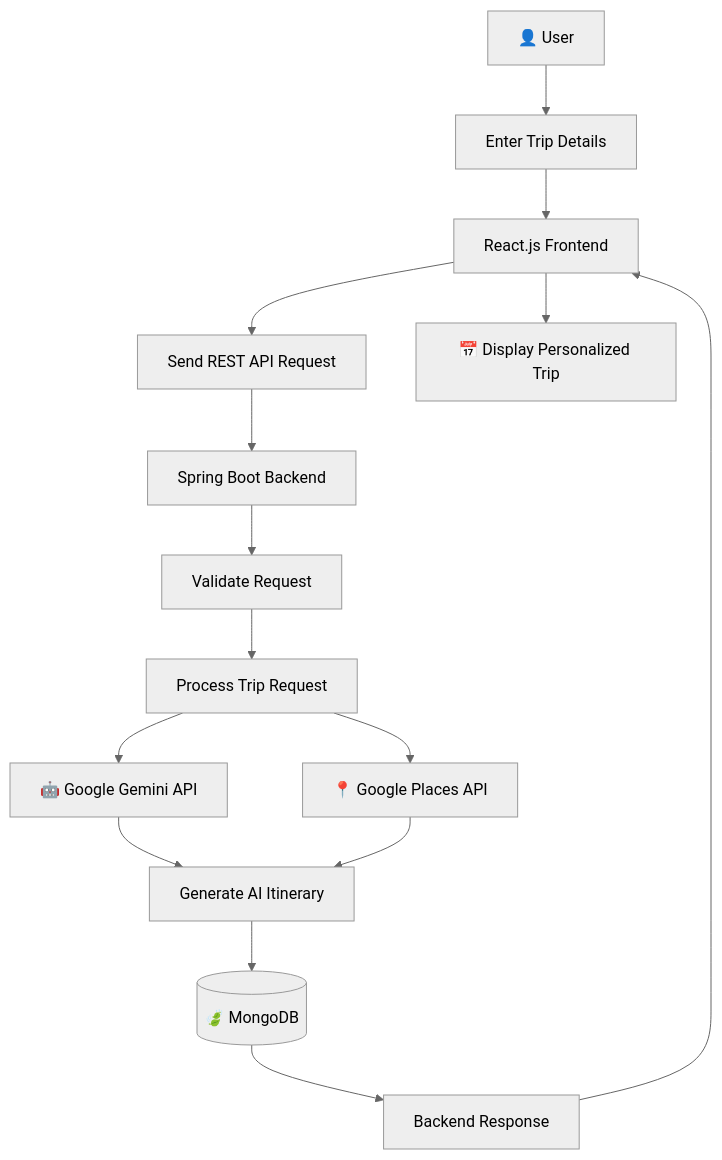
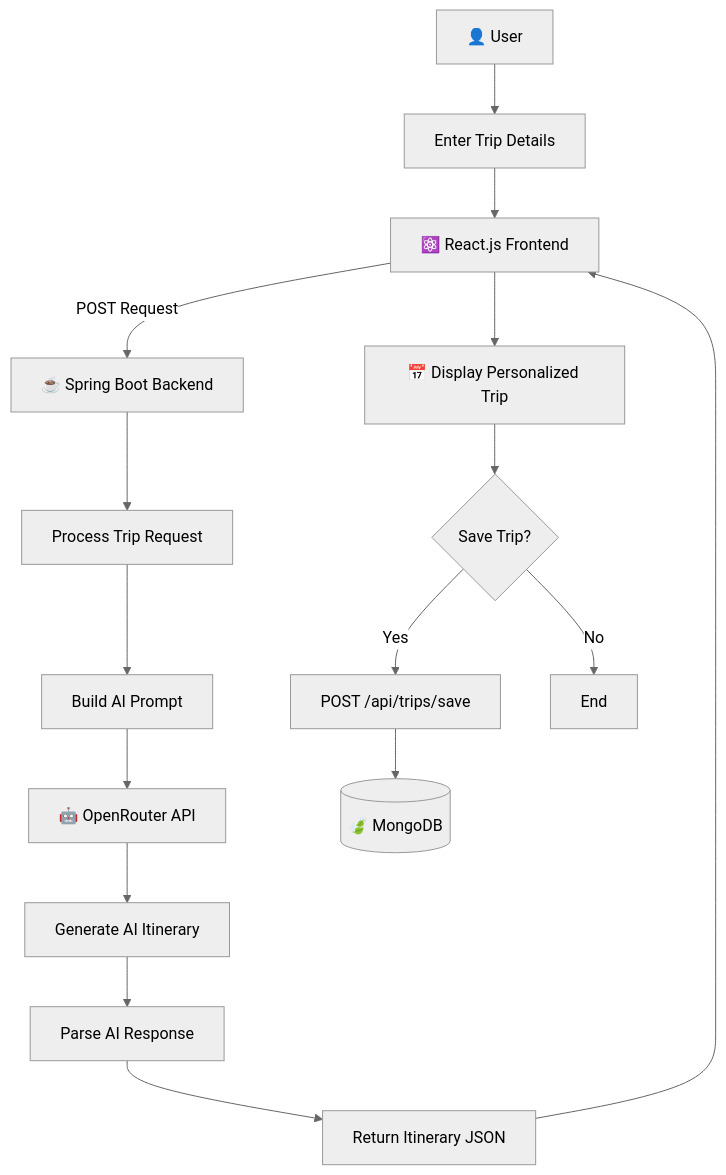
One commit to prashantmane1207/AI-Based-Trip-Planner changed the second of 4 diagrams in README.md. Above: the diagram before and after it, drawn with Mermaid (neutral theme). The commit also changed other lines of this file, not shown here.

````diff
--- a/README.md
+++ b/README.md
@@ -126,31 +73,31 @@
 ```mermaid
 flowchart TD
-
     A[👤 User] --> B[Enter Trip Details]
 
-    B --> C[React.js Frontend]
+    B --> C[⚛️ React.js Frontend]
 
-    C --> D[Send REST API Request]
+    C -->|POST Request| D[☕ Spring Boot Backend]
 
-    D --> E[Spring Boot Backend]
+    D --> E[Process Trip Request]
 
-    E --> F[Validate Request]
+    E --> F[Build AI Prompt]
 
-    F --> G[Process Trip Request]
+    F --> G[🤖 OpenRouter API]
 
-    G --> H[🤖 Google Gemini API]
+    G --> H[Generate AI Itinerary]
 
-    G --> I[📍 Google Places API]
+    H --> I[Parse AI Response]
 
-    H --> J[Generate AI Itinerary]
+    I --> J[Return Itinerary JSON]
 
-    I --> J
+    J --> C
 
-    J --> K[(🍃 MongoDB)]
+    C --> K[📅 Display Personalized Trip]
 
-    K --> L[Backend Response]
+    K --> L{Save Trip?}
 
-    L --> C
+    L -->|Yes| M[POST /api/trips/save]
+    M --> N[(🍃 MongoDB)]
 
-    C --> M[📅 Display Personalized Trip]
+    L -->|No| O[End]
 ```
````
